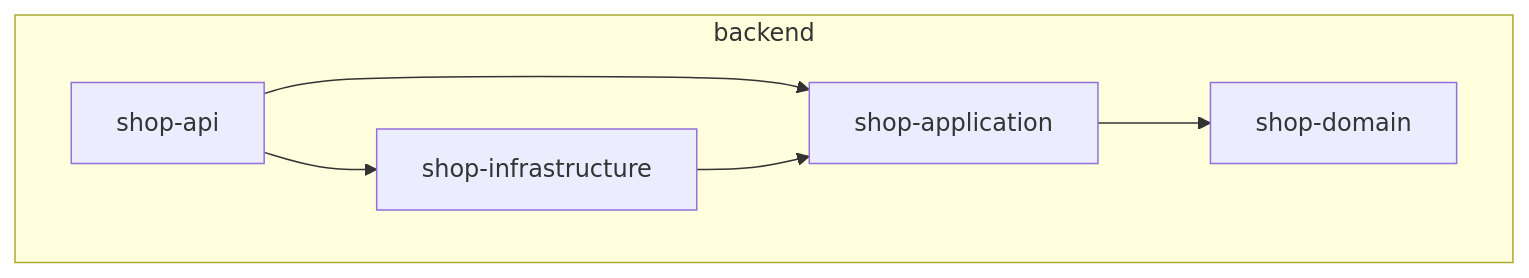
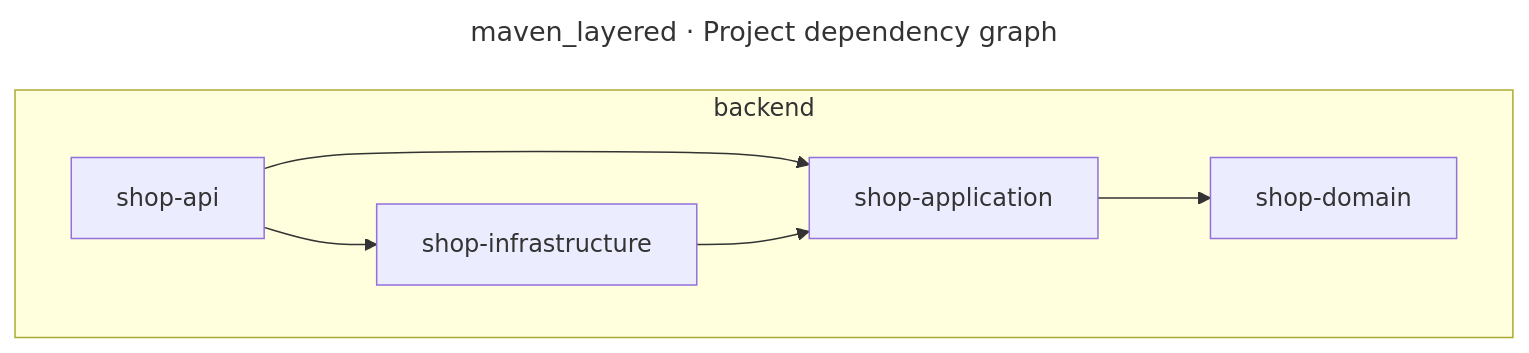
Before and after one commit to ythalorossy/architecture-skills: the fourth of 4 diagrams in tests/golden/maven_layered/output/ArchitectureReport.md, drawn with Mermaid. The commit also changed other lines of this file and 34 other files, not shown here.

First line of the commit message:
feat(report): strengths from the model, split folders, titled dependency graph

````diff
--- a/tests/golden/maven_layered/output/ArchitectureReport.md
+++ b/tests/golden/maven_layered/output/ArchitectureReport.md
@@ -205,13 +209,16 @@
 ```mermaid
+---
+title: "maven_layered · Project dependency graph"
+---
 graph TD
     subgraph group_backend["backend"]
         shop_api["shop-api"]
         shop_application["shop-application"]
         shop_domain["shop-domain"]
         shop_infrastructure["shop-infrastructure"]
     end
     shop_api --> shop_application
     shop_api --> shop_infrastructure
     shop_application --> shop_domain
     shop_infrastructure --> shop_application
 ```
````
